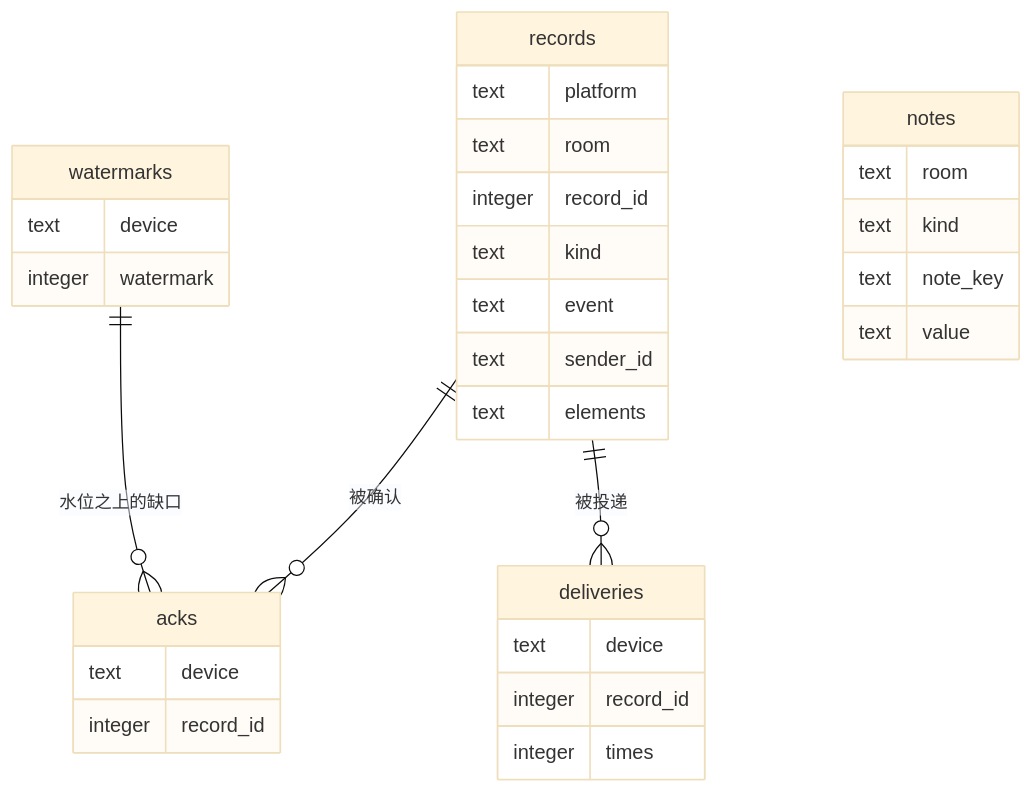
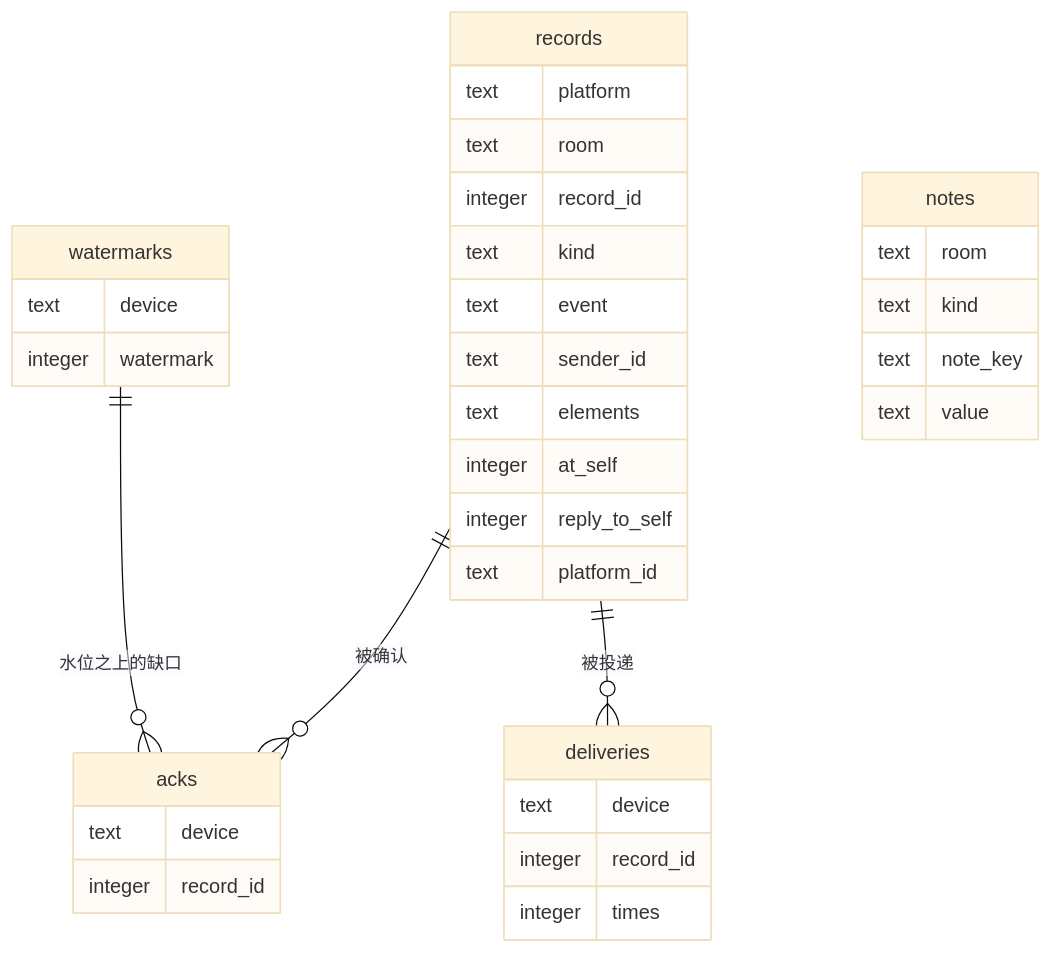
The diagram in docs/07-storage.md (DataEraserC/qq-bridge), drawn with Mermaid (base theme) before and after one commit. The commit also changed other lines of this file and 15 other files, not shown here.

````diff
--- a/docs/07-storage.md
+++ b/docs/07-storage.md
@@ -25,34 +25,37 @@
 ```mermaid
 erDiagram
     records {
         text platform
         text room
         integer record_id
         text kind
         text event
         text sender_id
         text elements
+        integer at_self
+        integer reply_to_self
+        text platform_id
     }
     watermarks {
         text device
         integer watermark
     }
     acks {
         text device
         integer record_id
     }
     deliveries {
         text device
         integer record_id
         integer times
     }
     notes {
         text room
         text kind
         text note_key
         text value
     }
     records ||--o{ acks : "被确认"
     records ||--o{ deliveries : "被投递"
     watermarks ||--o{ acks : "水位之上的缺口"
 ```
````
